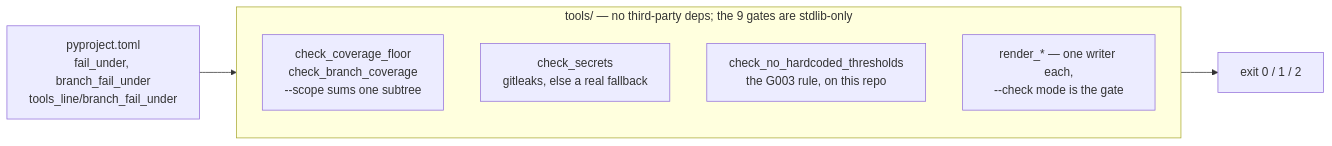
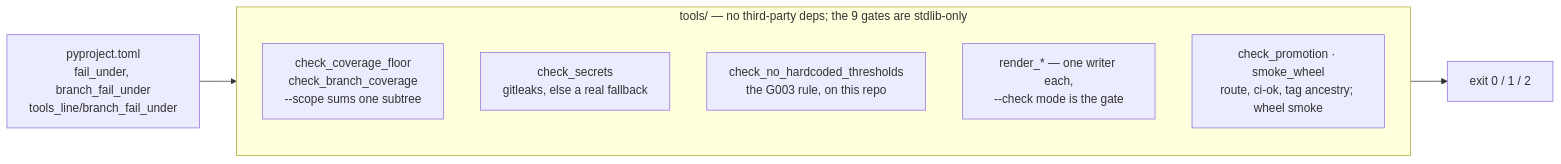
One commit to ianshank/planlint changed the diagram in tools/AGENTS.md. Above: the diagram before and after it, drawn with Mermaid. The commit also changed other lines of this file and 35 other files, not shown here.

````diff
--- a/tools/AGENTS.md
+++ b/tools/AGENTS.md
@@ -8,12 +8,13 @@
 ```mermaid
 flowchart LR
     cfg["pyproject.toml<br/>fail_under, branch_fail_under<br/>tools_line/branch_fail_under"] --> gates
     subgraph gates["tools/ — no third-party deps; the 9 gates are stdlib-only"]
         direction TB
         cov["check_coverage_floor<br/>check_branch_coverage<br/>--scope sums one subtree"]
         sec["check_secrets<br/>gitleaks, else a real fallback"]
         thr["check_no_hardcoded_thresholds<br/>the G003 rule, on this repo"]
         gen["render_* — one writer each,<br/>--check mode is the gate"]
+        rel["check_promotion · smoke_wheel<br/>route, ci-ok, tag ancestry; wheel smoke"]
     end
     gates --> verdict["exit 0 / 1 / 2"]
 ```
````
